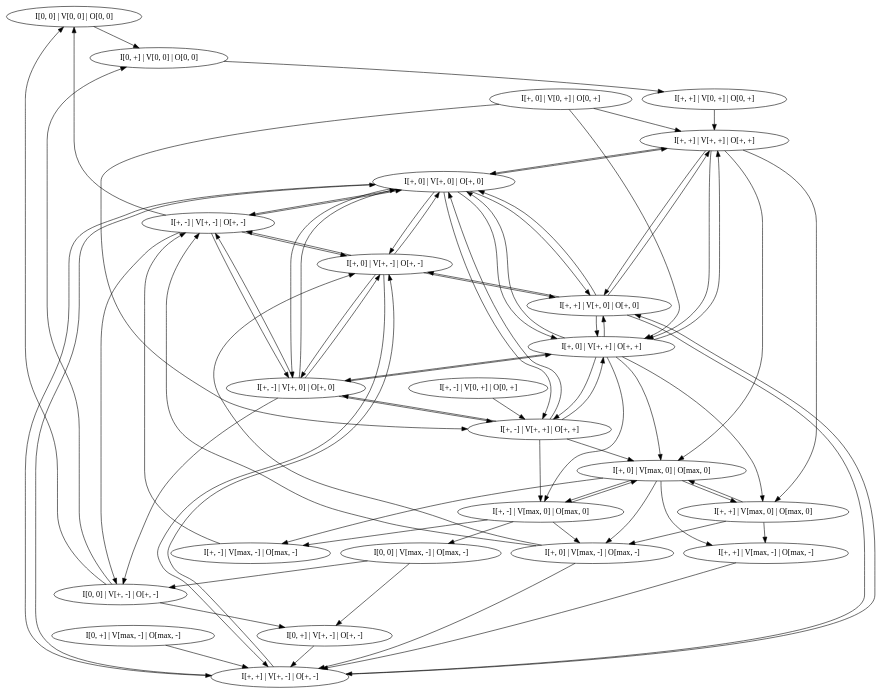
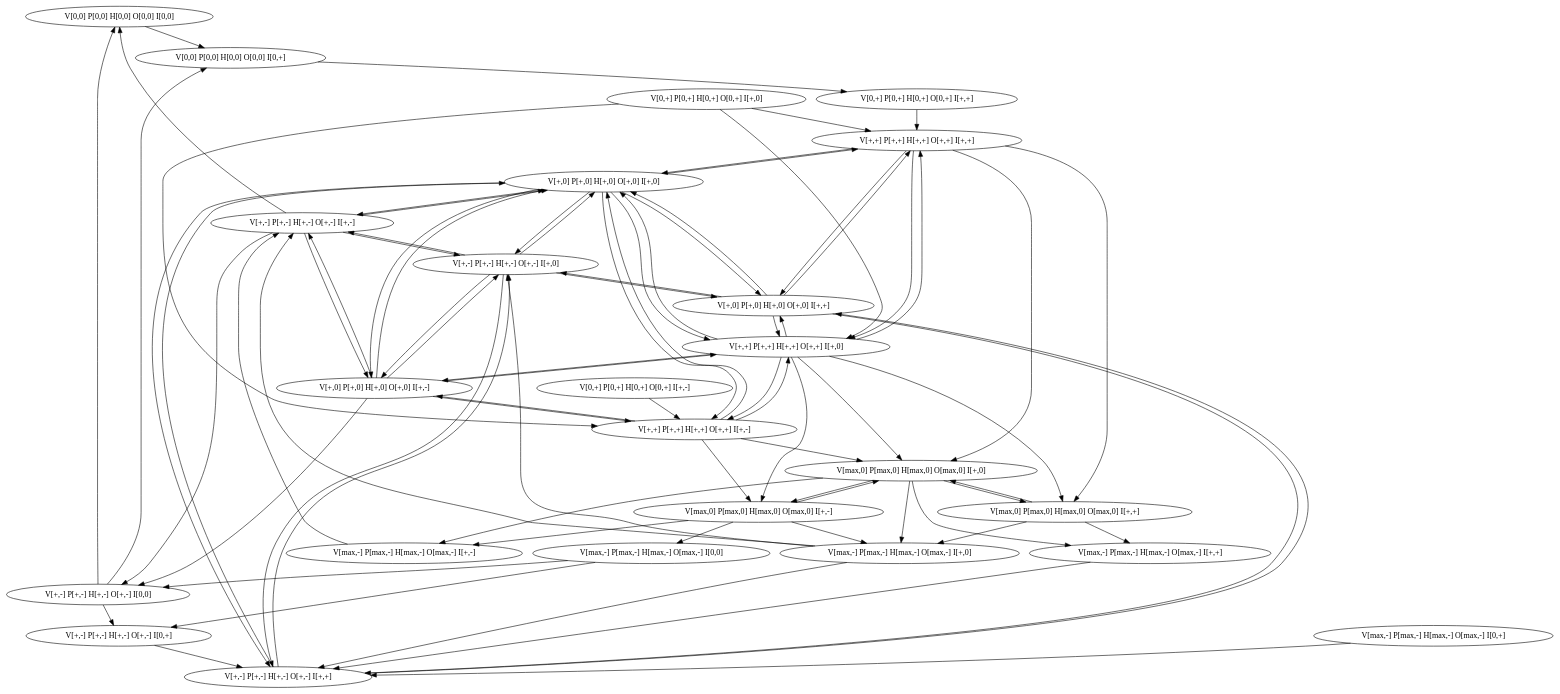
The diagram in test-output/state-graph.gv (pmusce/qrsink), drawn with Graphviz before and after one commit. The commit also changed 3 other files, not shown here.

```diff
--- a/test-output/state-graph.gv
+++ b/test-output/state-graph.gv
@@ -1,108 +1,108 @@
 // Transition Graph
 digraph {
-	0 [label="I[0, 0] | V[0, 0] | O[0, 0]"]
-	1 [label="I[0, +] | V[0, 0] | O[0, 0]"]
-	2 [label="I[0, 0] | V[+, -] | O[+, -]"]
-	3 [label="I[0, +] | V[+, -] | O[+, -]"]
-	4 [label="I[0, 0] | V[max, -] | O[max, -]"]
-	5 [label="I[0, +] | V[max, -] | O[max, -]"]
-	6 [label="I[+, -] | V[0, +] | O[0, +]"]
-	7 [label="I[+, 0] | V[0, +] | O[0, +]"]
-	8 [label="I[+, +] | V[0, +] | O[0, +]"]
-	9 [label="I[+, -] | V[+, -] | O[+, -]"]
-	10 [label="I[+, -] | V[+, 0] | O[+, 0]"]
-	11 [label="I[+, -] | V[+, +] | O[+, +]"]
-	12 [label="I[+, 0] | V[+, -] | O[+, -]"]
-	13 [label="I[+, 0] | V[+, 0] | O[+, 0]"]
-	14 [label="I[+, 0] | V[+, +] | O[+, +]"]
-	15 [label="I[+, +] | V[+, -] | O[+, -]"]
-	16 [label="I[+, +] | V[+, 0] | O[+, 0]"]
-	17 [label="I[+, +] | V[+, +] | O[+, +]"]
-	18 [label="I[+, -] | V[max, -] | O[max, -]"]
-	19 [label="I[+, -] | V[max, 0] | O[max, 0]"]
-	20 [label="I[+, 0] | V[max, -] | O[max, -]"]
-	21 [label="I[+, 0] | V[max, 0] | O[max, 0]"]
-	22 [label="I[+, +] | V[max, -] | O[max, -]"]
-	23 [label="I[+, +] | V[max, 0] | O[max, 0]"]
-		0 -> 1
-		1 -> 8
-		2 -> 0
+	0 [label="V[0,0] P[0,0] H[0,0] O[0,0] I[0,0] "]
+	1 [label="V[+,-] P[+,-] H[+,-] O[+,-] I[0,0] "]
+	2 [label="V[max,-] P[max,-] H[max,-] O[max,-] I[0,0] "]
+	3 [label="V[0,0] P[0,0] H[0,0] O[0,0] I[0,+] "]
+	4 [label="V[+,-] P[+,-] H[+,-] O[+,-] I[0,+] "]
+	5 [label="V[max,-] P[max,-] H[max,-] O[max,-] I[0,+] "]
+	6 [label="V[0,+] P[0,+] H[0,+] O[0,+] I[+,-] "]
+	7 [label="V[+,-] P[+,-] H[+,-] O[+,-] I[+,-] "]
+	8 [label="V[+,0] P[+,0] H[+,0] O[+,0] I[+,-] "]
+	9 [label="V[+,+] P[+,+] H[+,+] O[+,+] I[+,-] "]
+	10 [label="V[max,-] P[max,-] H[max,-] O[max,-] I[+,-] "]
+	11 [label="V[max,0] P[max,0] H[max,0] O[max,0] I[+,-] "]
+	12 [label="V[0,+] P[0,+] H[0,+] O[0,+] I[+,0] "]
+	13 [label="V[+,-] P[+,-] H[+,-] O[+,-] I[+,0] "]
+	14 [label="V[+,0] P[+,0] H[+,0] O[+,0] I[+,0] "]
+	15 [label="V[+,+] P[+,+] H[+,+] O[+,+] I[+,0] "]
+	16 [label="V[max,-] P[max,-] H[max,-] O[max,-] I[+,0] "]
+	17 [label="V[max,0] P[max,0] H[max,0] O[max,0] I[+,0] "]
+	18 [label="V[0,+] P[0,+] H[0,+] O[0,+] I[+,+] "]
+	19 [label="V[+,-] P[+,-] H[+,-] O[+,-] I[+,+] "]
+	20 [label="V[+,0] P[+,0] H[+,0] O[+,0] I[+,+] "]
+	21 [label="V[+,+] P[+,+] H[+,+] O[+,+] I[+,+] "]
+	22 [label="V[max,-] P[max,-] H[max,-] O[max,-] I[+,+] "]
+	23 [label="V[max,0] P[max,0] H[max,0] O[max,0] I[+,+] "]
+		0 -> 3
+		1 -> 0
+		1 -> 3
+		1 -> 4
 		2 -> 1
-		2 -> 3
-		3 -> 15
-		4 -> 2
-		4 -> 3
-		5 -> 15
-		6 -> 11
-		7 -> 11
+		2 -> 4
+		3 -> 18
+		4 -> 19
+		5 -> 19
+		6 -> 9
+		7 -> 0
+		7 -> 1
+		7 -> 8
+		7 -> 13
 		7 -> 14
-		7 -> 17
-		8 -> 17
-		9 -> 0
-		9 -> 2
-		9 -> 10
-		9 -> 12
-		9 -> 13
-		10 -> 2
-		10 -> 9
-		10 -> 11
-		10 -> 12
-		10 -> 13
-		10 -> 14
+		8 -> 1
+		8 -> 7
+		8 -> 9
+		8 -> 13
+		8 -> 14
+		8 -> 15
+		9 -> 8
+		9 -> 11
+		9 -> 14
+		9 -> 15
+		9 -> 17
+		10 -> 7
+		11 -> 2
 		11 -> 10
-		11 -> 13
-		11 -> 14
-		11 -> 19
-		11 -> 21
+		11 -> 16
+		11 -> 17
 		12 -> 9
-		12 -> 10
-		12 -> 13
 		12 -> 15
-		12 -> 16
-		13 -> 9
-		13 -> 10
-		13 -> 11
-		13 -> 12
+		12 -> 21
+		13 -> 7
+		13 -> 8
 		13 -> 14
-		13 -> 15
-		13 -> 16
-		13 -> 17
-		14 -> 10
-		14 -> 11
+		13 -> 19
+		13 -> 20
+		14 -> 7
+		14 -> 8
+		14 -> 9
 		14 -> 13
-		14 -> 16
-		14 -> 17
+		14 -> 15
 		14 -> 19
+		14 -> 20
 		14 -> 21
-		14 -> 23
-		15 -> 12
-		15 -> 13
-		15 -> 16
-		16 -> 12
+		15 -> 8
+		15 -> 9
+		15 -> 11
+		15 -> 14
+		15 -> 17
+		15 -> 20
+		15 -> 21
+		15 -> 23
+		16 -> 7
 		16 -> 13
-		16 -> 14
-		16 -> 15
-		16 -> 17
-		17 -> 13
-		17 -> 14
+		16 -> 19
+		17 -> 10
+		17 -> 11
 		17 -> 16
-		17 -> 21
+		17 -> 22
 		17 -> 23
-		18 -> 9
-		19 -> 4
-		19 -> 18
+		18 -> 21
+		19 -> 13
+		19 -> 14
 		19 -> 20
-		19 -> 21
-		20 -> 9
-		20 -> 12
+		20 -> 13
+		20 -> 14
 		20 -> 15
-		21 -> 18
-		21 -> 19
+		20 -> 19
+		20 -> 21
+		21 -> 14
+		21 -> 15
+		21 -> 17
 		21 -> 20
-		21 -> 22
 		21 -> 23
-		22 -> 15
-		23 -> 20
-		23 -> 21
+		22 -> 19
+		23 -> 16
+		23 -> 17
 		23 -> 22
 }
```
